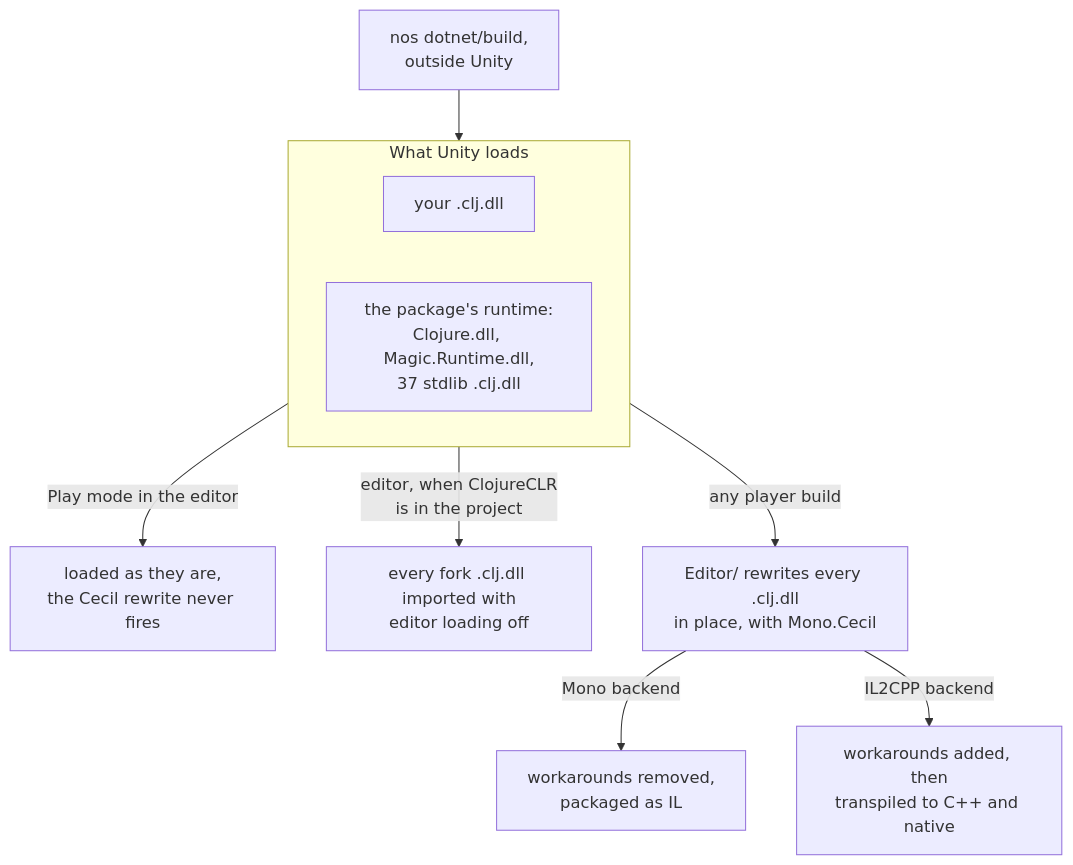
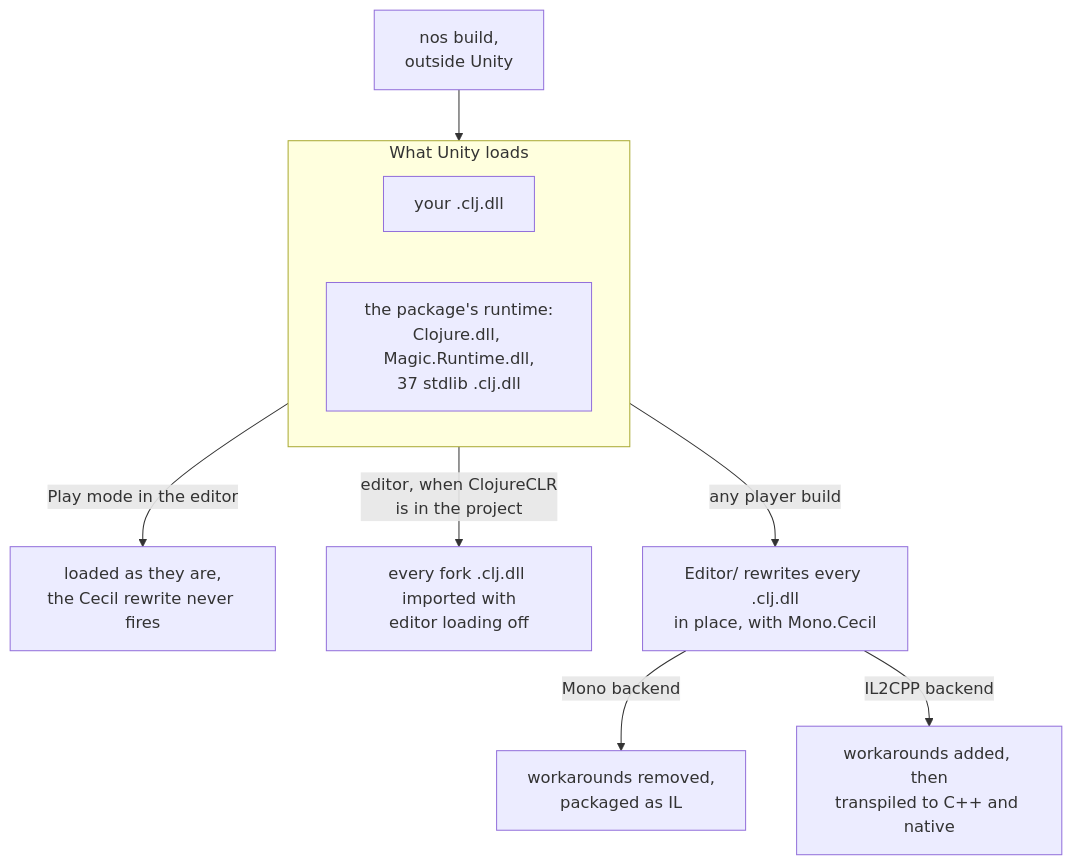
One commit to flybot-sg/magic changed the fifth of 5 diagrams in docs/architecture.md. Above: the diagram before and after it, drawn with Mermaid. The commit also changed other lines of this file and 10 other files, not shown here.

````diff
--- a/docs/architecture.md
+++ b/docs/architecture.md
@@ -217,15 +217,15 @@
 ```mermaid
 flowchart TD
-    nos["nos dotnet/build,<br/>outside Unity"] --> asm
+    nos["nos build,<br/>outside Unity"] --> asm
 
     subgraph asm["What Unity loads"]
         yours["your .clj.dll"]
         pkg["the package's runtime:<br/>Clojure.dll, Magic.Runtime.dll,<br/>37 stdlib .clj.dll"]
     end
 
     asm -->|"Play mode in the editor"| play["loaded as they are,<br/>the Cecil rewrite never fires"]
     asm -->|"editor, when ClojureCLR<br/>is in the project"| coex["every fork .clj.dll imported with<br/>editor loading off"]
     asm -->|"any player build"| pre["Editor/ rewrites every .clj.dll<br/>in place, with Mono.Cecil"]
     pre -->|"Mono backend"| mono["workarounds removed,<br/>packaged as IL"]
     pre -->|"IL2CPP backend"| cpp["workarounds added, then<br/>transpiled to C++ and native"]
 ```
````
